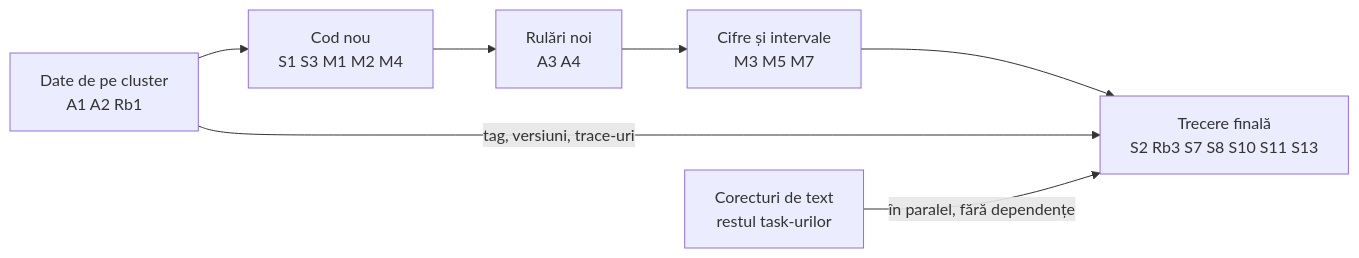
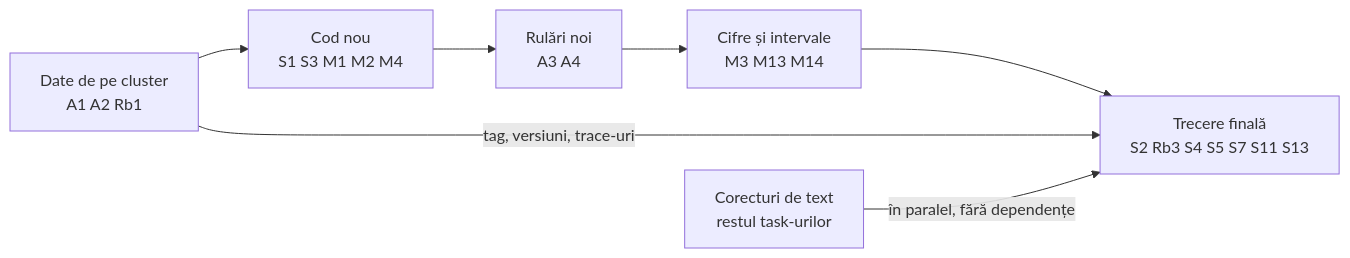
One commit to Maxxtra/mlsp-agent-security changed the diagram in README.md. Above: the diagram before and after it, drawn with Mermaid. The commit also changed other lines of this file, not shown here.

````diff
--- a/README.md
+++ b/README.md
@@ -591,9 +496,9 @@
 ```mermaid
 flowchart LR
     A["Date de pe cluster<br/>A1 A2 Rb1"] --> C["Cod nou<br/>S1 S3 M1 M2 M4"]
     C --> R["Rulări noi<br/>A3 A4"]
-    R --> N["Cifre și intervale<br/>M3 M5 M7"]
-    N --> F["Trecere finală<br/>S2 Rb3 S7 S8 S10 S11 S13"]
+    R --> N["Cifre și intervale<br/>M3 M13 M14"]
+    N --> F["Trecere finală<br/>S2 Rb3 S4 S5 S7 S11 S13"]
     A -- "tag, versiuni, trace-uri" --> F
     T["Corecturi de text<br/>restul task-urilor"] -- "în paralel, fără dependențe" --> F
 ```
````
